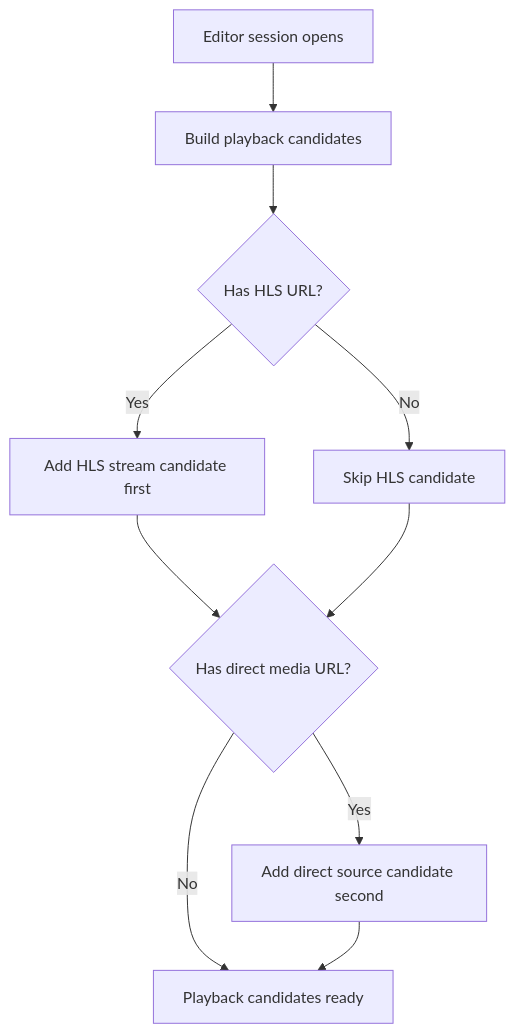
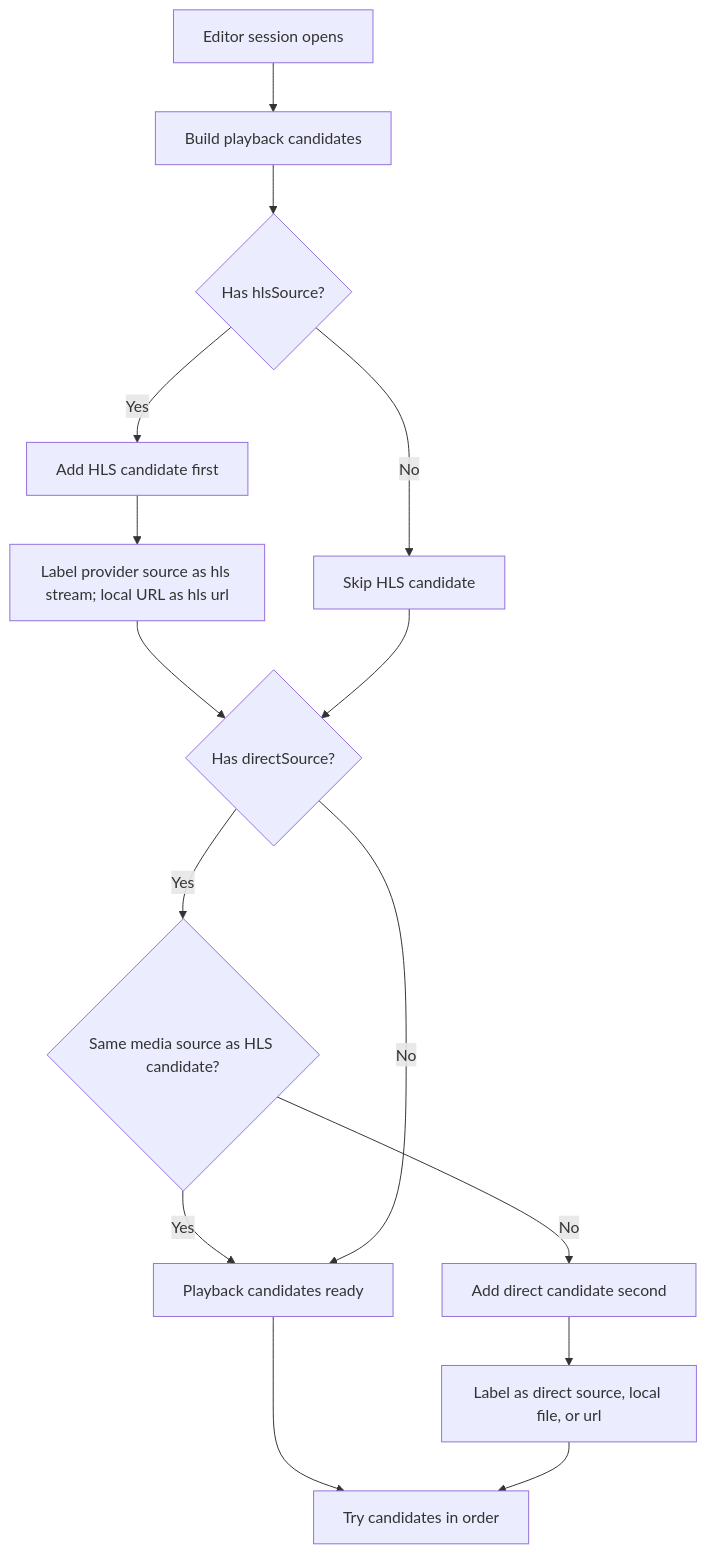
The second of 13 diagrams in DIAGRAMS.md (TechSquidTV/Cliparr), drawn with Mermaid before and after one commit. The commit also changed other lines of this file, not shown here.

First line of the commit message:
docs(cliparr): update workflow diagrams (#106)

````diff
--- a/DIAGRAMS.md
+++ b/DIAGRAMS.md
@@ -45,12 +64,17 @@
 ```mermaid
 flowchart TD
     A["Editor session opens"] --> B["Build playback candidates"]
-    B --> C{"Has HLS URL?"}
-    C -- "Yes" --> D["Add HLS stream candidate first"]
+    B --> C{"Has hlsSource?"}
+    C -- "Yes" --> D["Add HLS candidate first"]
+    D --> D1["Label provider source as hls stream; local URL as hls url"]
     C -- "No" --> E["Skip HLS candidate"]
-    D --> F{"Has direct media URL?"}
+    D1 --> F{"Has directSource?"}
     E --> F
-    F -- "Yes" --> G["Add direct source candidate second"]
+    F -- "Yes" --> G{"Same media source as HLS candidate?"}
+    G -- "Yes" --> H["Do not add duplicate candidate"]
+    G -- "No" --> I["Add direct candidate second"]
+    I --> I1["Label as direct source, local file, or url"]
     F -- "No" --> H["Playback candidates ready"]
-    G --> H
+    H --> J["Try candidates in order"]
+    I1 --> J
 ```
````
